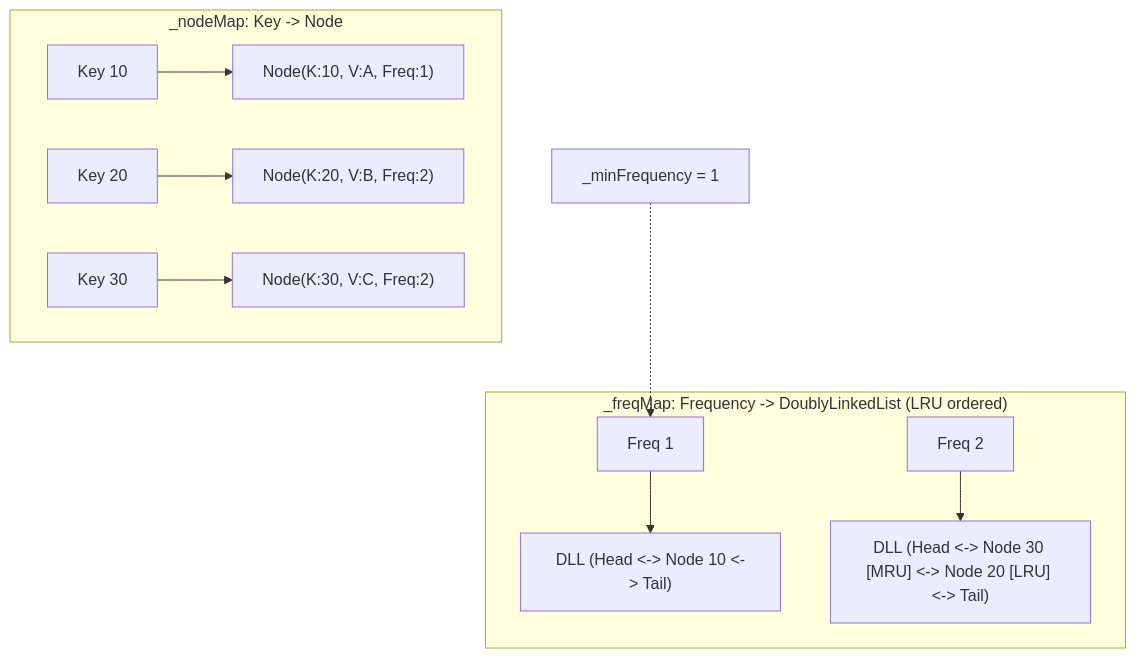
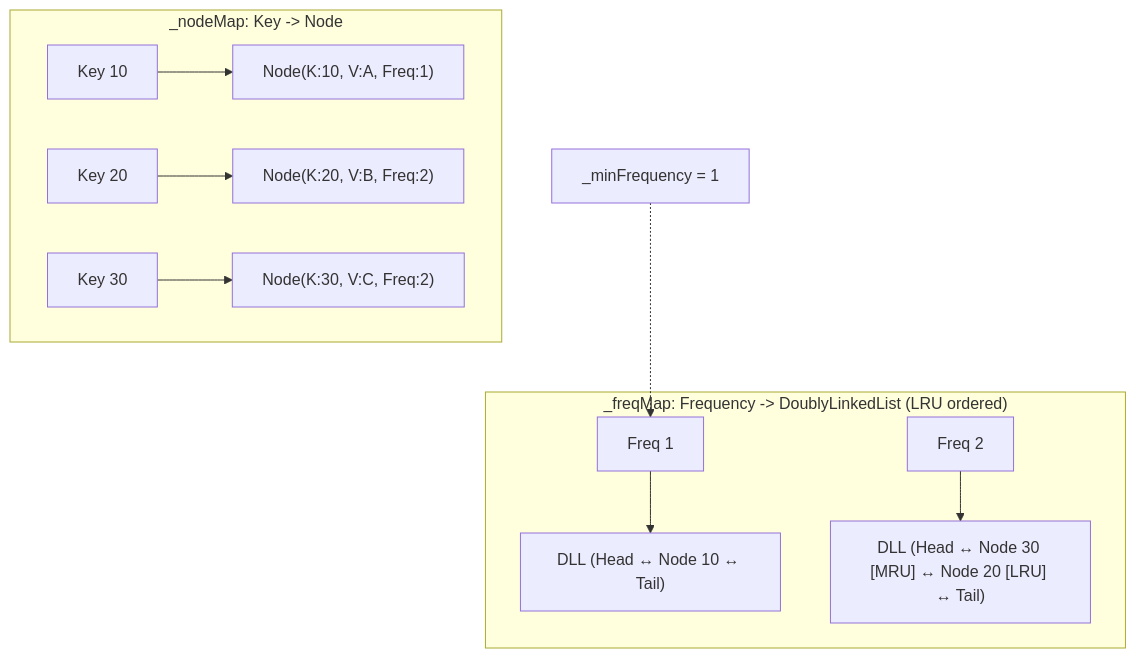
One commit to dip4k/DSA_102 changed the second of 2 diagrams in LLD/03_Tier3_DSA_Screening/26_LRU_and_LFU_Cache.md. Above: the diagram before and after it, drawn with Mermaid. The commit also changed other lines of this file and 191 other files, not shown here.

````diff
--- a/LLD/03_Tier3_DSA_Screening/26_LRU_and_LFU_Cache.md
+++ b/LLD/03_Tier3_DSA_Screening/26_LRU_and_LFU_Cache.md
@@ -205,15 +205,15 @@
 ```mermaid
 flowchart TD
     subgraph Lookups ["_nodeMap: Key -> Node"]
         K1["Key 10"] --> N1["Node(K:10, V:A, Freq:1)"]
         K2["Key 20"] --> N2["Node(K:20, V:B, Freq:2)"]
         K3["Key 30"] --> N3["Node(K:30, V:C, Freq:2)"]
     end
 
     subgraph FreqBuckets ["_freqMap: Frequency -> DoublyLinkedList (LRU ordered)"]
-        F1["Freq 1"] --> L1["DLL (Head <-> Node 10 <-> Tail)"]
-        F2["Freq 2"] --> L2["DLL (Head <-> Node 30 [MRU] <-> Node 20 [LRU] <-> Tail)"]
+        F1["Freq 1"] --> L1["DLL (Head ↔ Node 10 ↔ Tail)"]
+        F2["Freq 2"] --> L2["DLL (Head ↔ Node 30 [MRU] ↔ Node 20 [LRU] ↔ Tail)"]
     end
 
     MF["_minFrequency = 1"] -.-> F1
 ```
````
